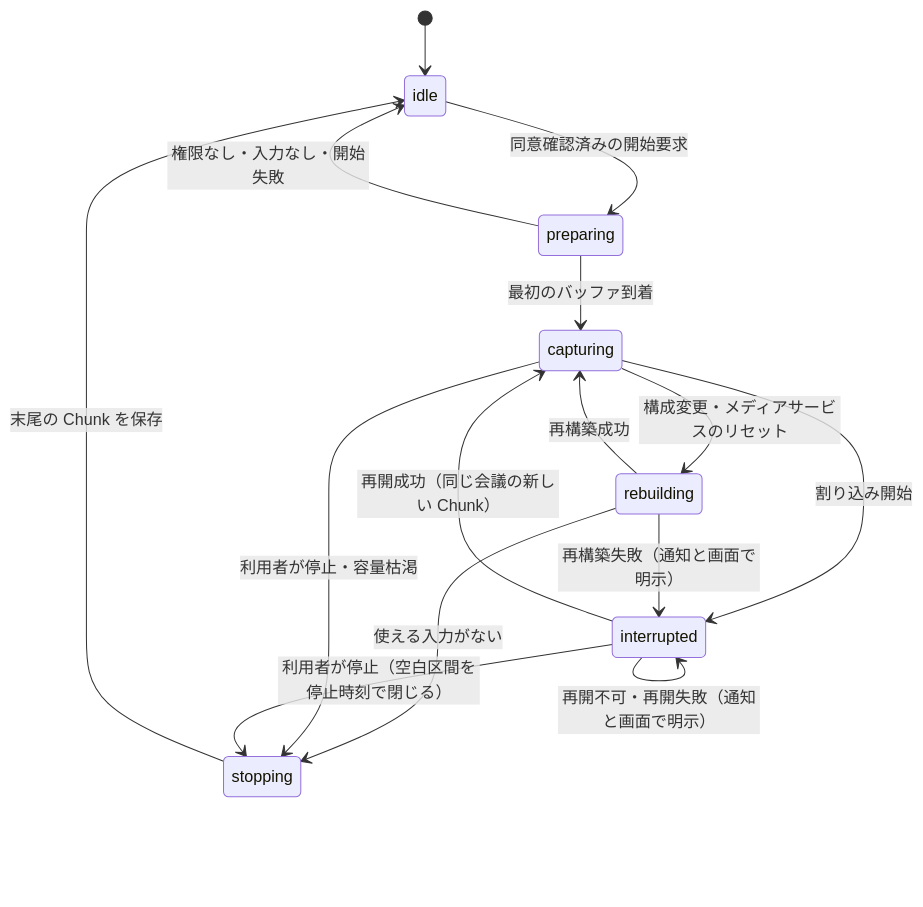
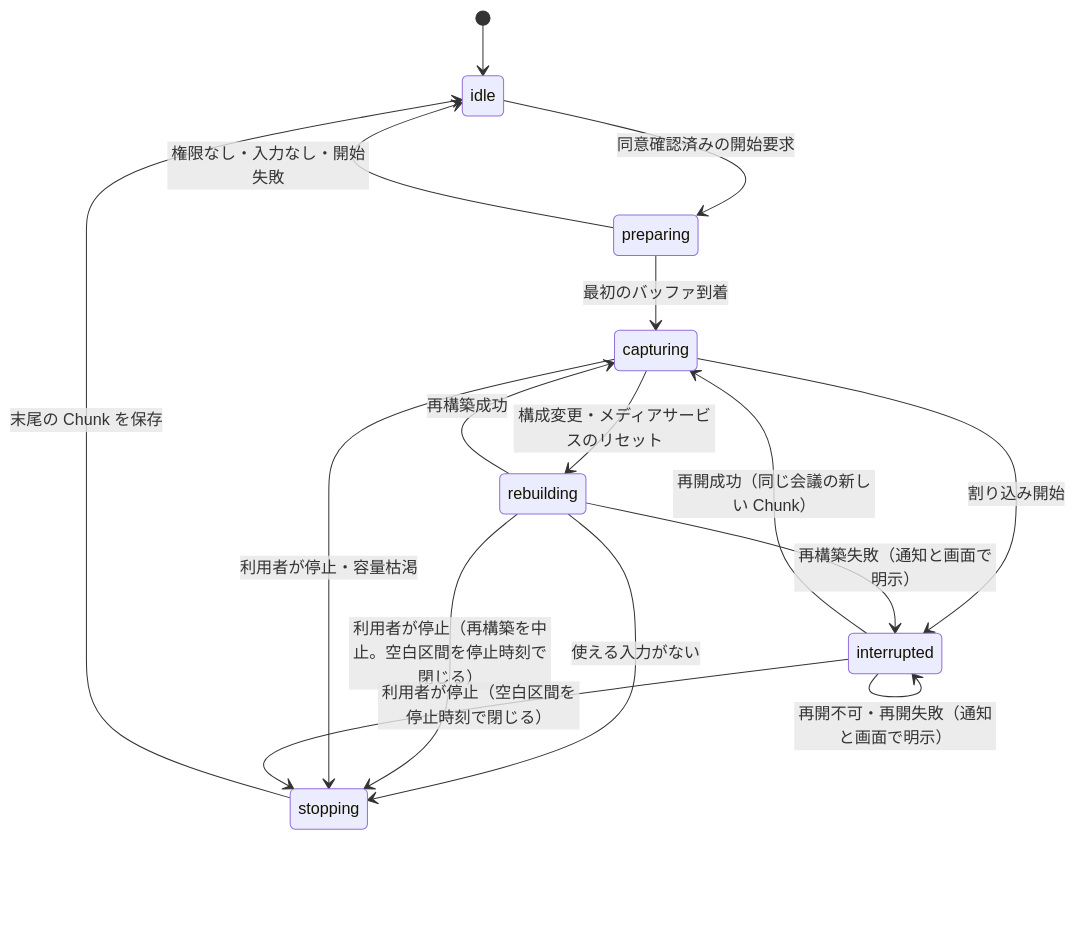
The second of 2 diagrams in docs/02-basic-design/recording.md (myoshi2891/Minutes-Mobile), drawn with Mermaid before and after one commit. The commit also changed other lines of this file and 3 other files, not shown here.

````diff
--- a/docs/02-basic-design/recording.md
+++ b/docs/02-basic-design/recording.md
@@ -109,17 +109,18 @@
 ```mermaid
 stateDiagram-v2
     [*] --> idle
     idle --> preparing: 同意確認済みの開始要求
     preparing --> capturing: 最初のバッファ到着
     preparing --> idle: 権限なし・入力なし・開始失敗
     capturing --> interrupted: 割り込み開始
     interrupted --> capturing: 再開成功（同じ会議の新しい Chunk）
     interrupted --> interrupted: 再開不可・再開失敗（通知と画面で明示）
     capturing --> rebuilding: 構成変更・メディアサービスのリセット
     rebuilding --> capturing: 再構築成功
     rebuilding --> interrupted: 再構築失敗（通知と画面で明示）
     rebuilding --> stopping: 使える入力がない
+    rebuilding --> stopping: 利用者が停止（再構築を中止。空白区間を停止時刻で閉じる）
     capturing --> stopping: 利用者が停止・容量枯渇
     interrupted --> stopping: 利用者が停止（空白区間を停止時刻で閉じる）
     stopping --> idle: 末尾の Chunk を保存
 ```
````
